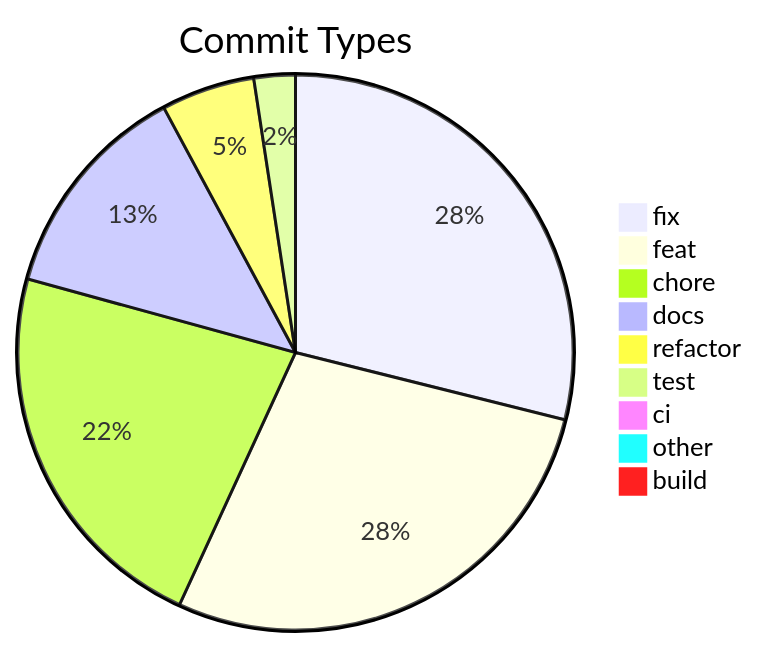
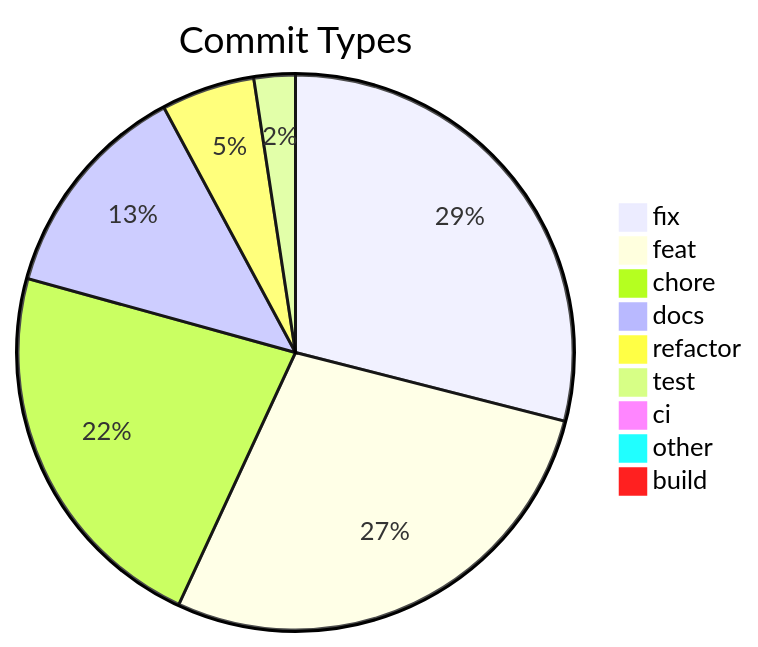
One commit to svenroth-ai/shipwright changed the diagram in .shipwright/compliance/change-history.md. Above: the diagram before and after it, drawn with Mermaid. The commit also changed other lines of this file and 22 other files, not shown here.

````diff
--- a/.shipwright/compliance/change-history.md
+++ b/.shipwright/compliance/change-history.md
@@ -8,12 +8,12 @@
 ```mermaid
 pie title Commit Types
-    "fix" : 276
+    "fix" : 277
     "feat" : 267
     "chore" : 214
     "docs" : 123
     "refactor" : 52
     "test" : 23
     "ci" : 7
     "other" : 7
     "build" : 1
 ```
````
